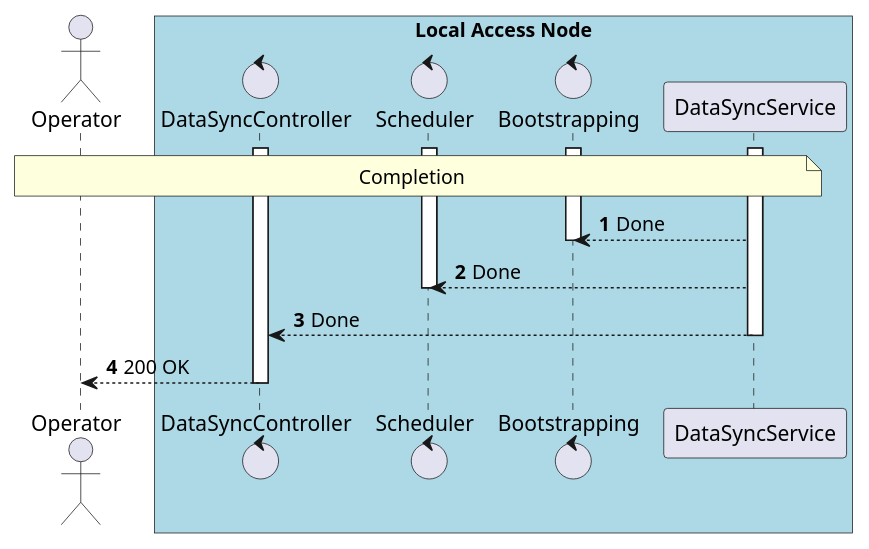
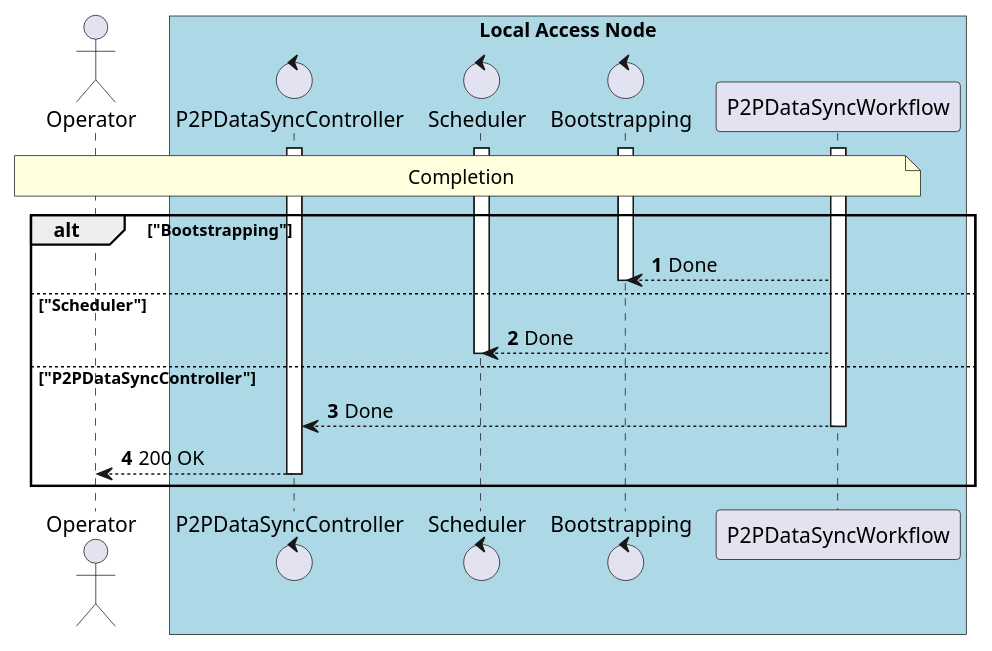
One commit to in2workspace/in2-guides changed the diagram in desmos-tech-doc/diagrams/use-case-data-synchronization-4-completion.puml. Above: the diagram before and after it, drawn with PlantUML. The commit also changed 10 other files, not shown here.

```diff
--- a/desmos-tech-doc/diagrams/use-case-data-synchronization-4-completion.puml
+++ b/desmos-tech-doc/diagrams/use-case-data-synchronization-4-completion.puml
@@ -1,42 +1,44 @@
 @startuml
 'https://plantuml.com/sequence-diagram
 
 autonumber
 skinparam BoxPadding 10
 
 ' -------------------- Headers -------------------- '
 
 actor "Operator" as operator
 
 box "Local Access Node" #LightBlue
-    control "DataSyncController" as data_sync_controller
+    control "P2PDataSyncController" as p2p_data_sync_controller
     control "Scheduler" as scheduler
     control "Bootstrapping" as bootstrapping
-    participant "DataSyncService" as data_sync_service
+    participant "P2PDataSyncWorkflow" as p2p_data_sync_workflow
 end box
 
 
 ' -------------------- Diagram -------------------- '
 
-activate data_sync_service
+activate p2p_data_sync_workflow
 activate bootstrapping
 activate scheduler
-activate data_sync_controller
+activate p2p_data_sync_controller
 
-note over operator, data_sync_service
+note over operator, p2p_data_sync_workflow
     Completion
 end note
 
-data_sync_service --> bootstrapping: Done
-deactivate bootstrapping
-
-data_sync_service --> scheduler: Done
-deactivate scheduler
-
-data_sync_service --> data_sync_controller: Done
-deactivate data_sync_service
-data_sync_controller --> operator: 200 OK
-deactivate data_sync_controller
+alt "Bootstrapping"
+    p2p_data_sync_workflow --> bootstrapping: Done
+    deactivate bootstrapping
+else "Scheduler"
+    p2p_data_sync_workflow --> scheduler: Done
+    deactivate scheduler
+else "P2PDataSyncController"
+    p2p_data_sync_workflow --> p2p_data_sync_controller: Done
+    deactivate p2p_data_sync_workflow
+    p2p_data_sync_controller --> operator: 200 OK
+    deactivate p2p_data_sync_controller
+end
 
 
 @enduml
```
